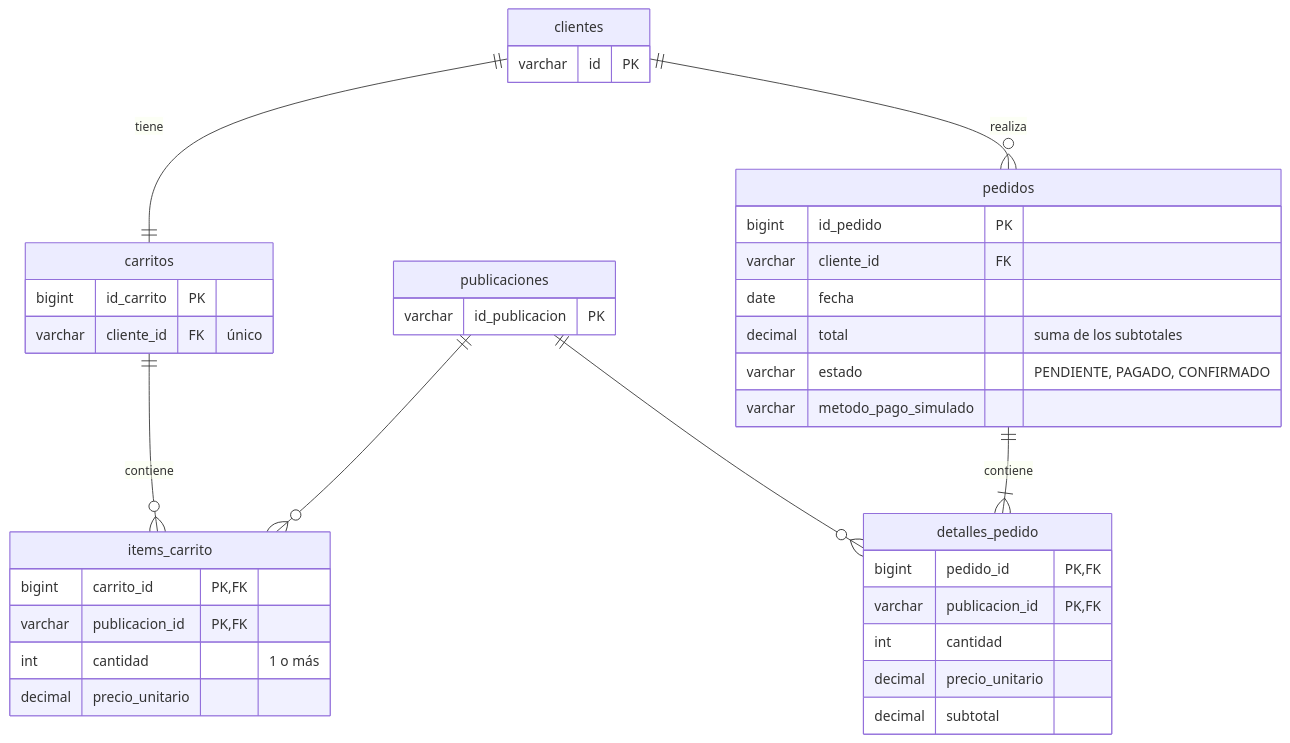
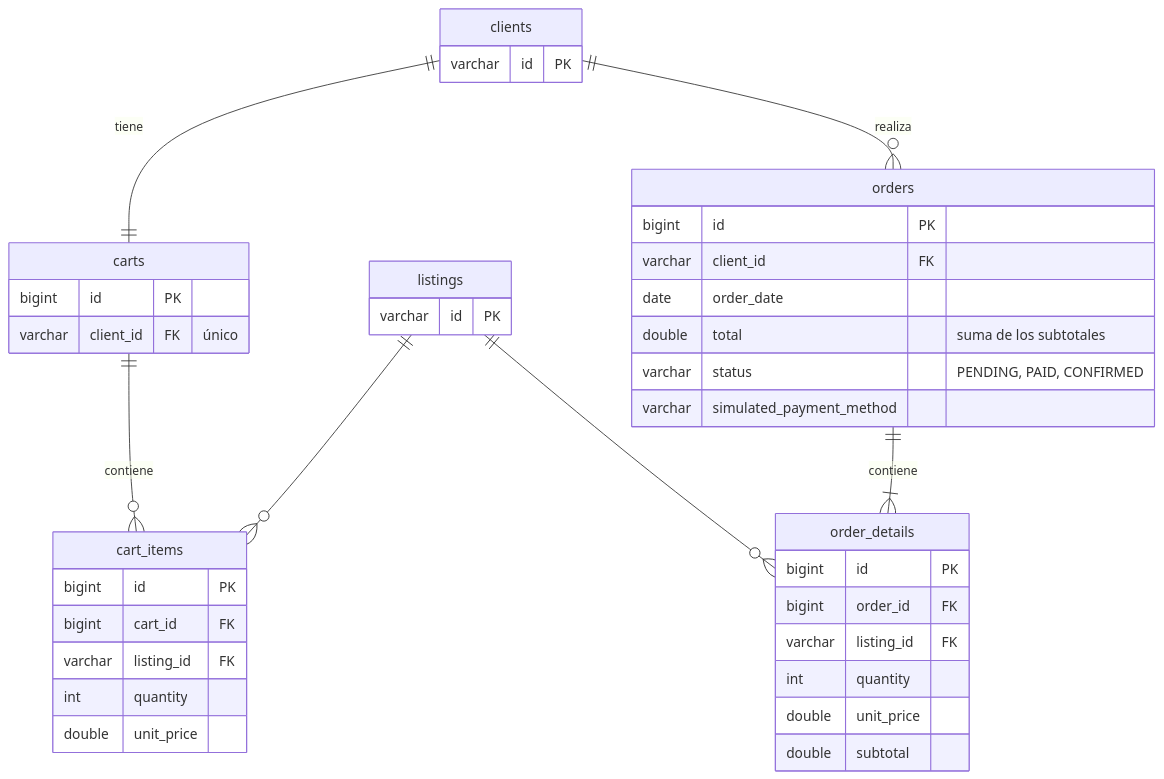
One commit to esteban-abanto-2709/TecnoLink changed the fourth of 5 diagrams in docs/modelo-datos.md. Above: the diagram before and after it, drawn with Mermaid. The commit also changed other lines of this file and 6 other files, not shown here.

````diff
--- a/docs/modelo-datos.md
+++ b/docs/modelo-datos.md
@@ -173,41 +196,43 @@
 ```mermaid
 erDiagram
-    clientes ||--|| carritos : "tiene"
-    carritos ||--o{ items_carrito : "contiene"
-    publicaciones ||--o{ items_carrito : ""
-    clientes ||--o{ pedidos : "realiza"
-    pedidos ||--|{ detalles_pedido : "contiene"
-    publicaciones ||--o{ detalles_pedido : ""
+    clients ||--|| carts : "tiene"
+    carts ||--o{ cart_items : "contiene"
+    listings ||--o{ cart_items : ""
+    clients ||--o{ orders : "realiza"
+    orders ||--|{ order_details : "contiene"
+    listings ||--o{ order_details : ""
 
-    clientes {
+    clients {
         varchar id PK
     }
-    publicaciones {
-        varchar id_publicacion PK
+    listings {
+        varchar id PK
     }
-    carritos {
-        bigint id_carrito PK
-        varchar cliente_id FK "único"
+    carts {
+        bigint id PK
+        varchar client_id FK "único"
     }
-    items_carrito {
-        bigint carrito_id PK, FK
-        varchar publicacion_id PK, FK
-        int cantidad "1 o más"
-        decimal precio_unitario
+    cart_items {
+        bigint id PK
+        bigint cart_id FK
+        varchar listing_id FK
+        int quantity
+        double unit_price
     }
-    pedidos {
-        bigint id_pedido PK
-        varchar cliente_id FK
-        date fecha
-        decimal total "suma de los subtotales"
-        varchar estado "PENDIENTE, PAGADO, CONFIRMADO"
-        varchar metodo_pago_simulado
+    orders {
+        bigint id PK
+        varchar client_id FK
+        date order_date
+        double total "suma de los subtotales"
+        varchar status "PENDING, PAID, CONFIRMED"
+        varchar simulated_payment_method
     }
-    detalles_pedido {
-        bigint pedido_id PK, FK
-        varchar publicacion_id PK, FK
-        int cantidad
-        decimal precio_unitario
-        decimal subtotal
+    order_details {
+        bigint id PK
+        bigint order_id FK
+        varchar listing_id FK
+        int quantity
+        double unit_price
+        double subtotal
     }
 ```
````
